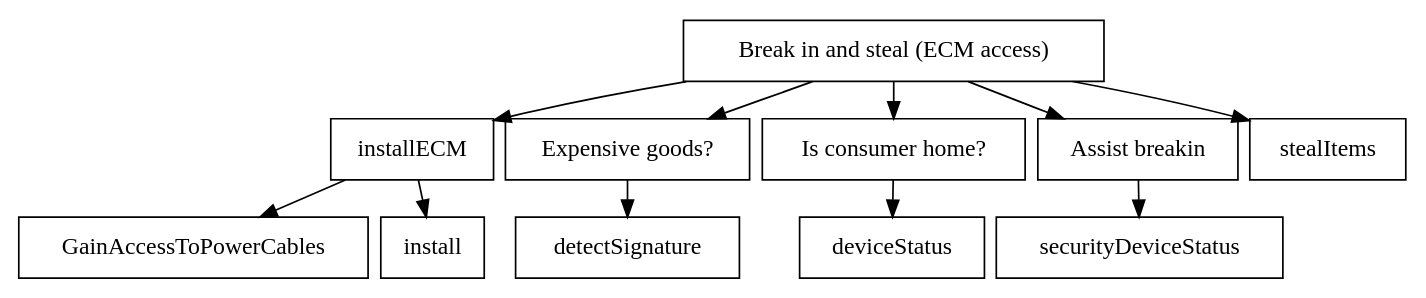
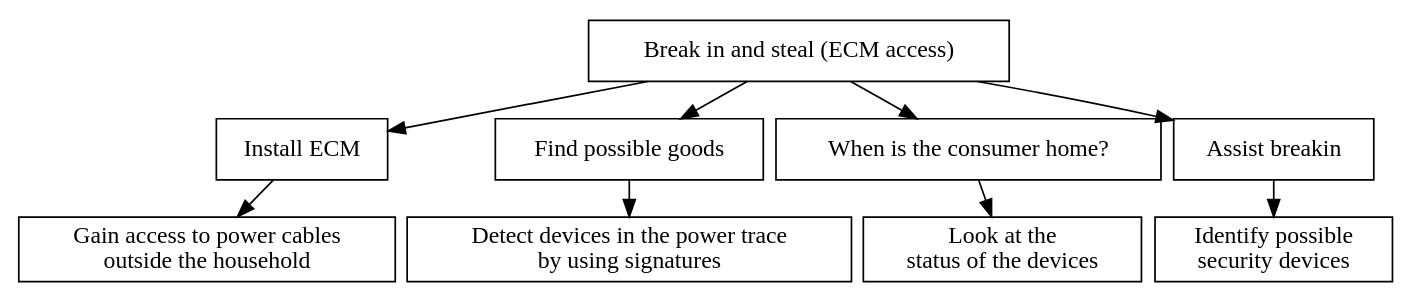
One commit to des904e15/report changed the diagram in figures/graphviz/burglarECM.dot. Above: the diagram before and after it, drawn with Graphviz.

Commit message:
Added sentences. #58

```diff
--- a/figures/graphviz/burglarECM.dot
+++ b/figures/graphviz/burglarECM.dot
@@ -1,28 +1,30 @@
 digraph G {
 
  graph[ center=true, margin=0.2, nodesep=0.1, ranksep=0.3]
  node[ shape=rectangle]
 
 root [label="Break in and steal (ECM access)", shape=AND];
 
 installECM;
-goodstuff [label="Expensive goods?"];
-atHome [label="Is consumer home?"];
+goodstuff [label="Find possible goods"];
+atHome [label="When is the consumer home?"];
 breakIn [label="Break in"];
 
-installECM[shape=AND];
+installECM[shape=AND, label="Install ECM"];
 root -> installECM;
+GainAccessToPowerCables[label="Gain access to power cables \noutside the household"]
 installECM -> GainAccessToPowerCables;
-installECM -> install;
 
 root -> goodstuff;
+detectSignature[label="Detect devices in the power trace \nby using signatures"];
 goodstuff->detectSignature;
 
 root -> atHome;
+deviceStatus[label="Look at the \nstatus of the devices"];
 atHome -> deviceStatus;
 
 breakIn[label="Assist breakin"]
 root ->	breakIn;
+securityDeviceStatus[label="Identify possible \nsecurity devices"]
 breakIn -> securityDeviceStatus;
-root -> stealItems;
 }
```
